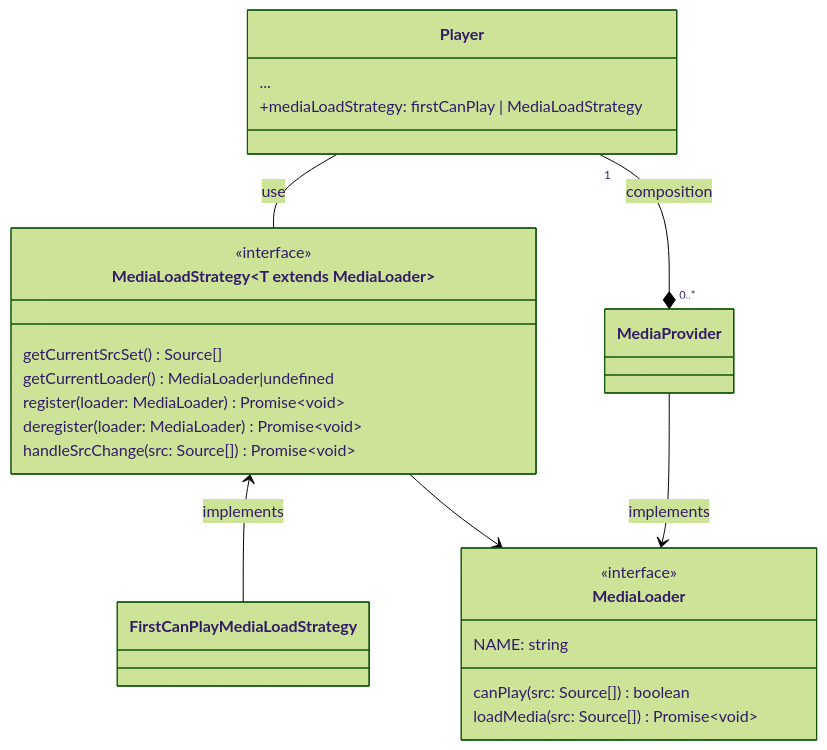
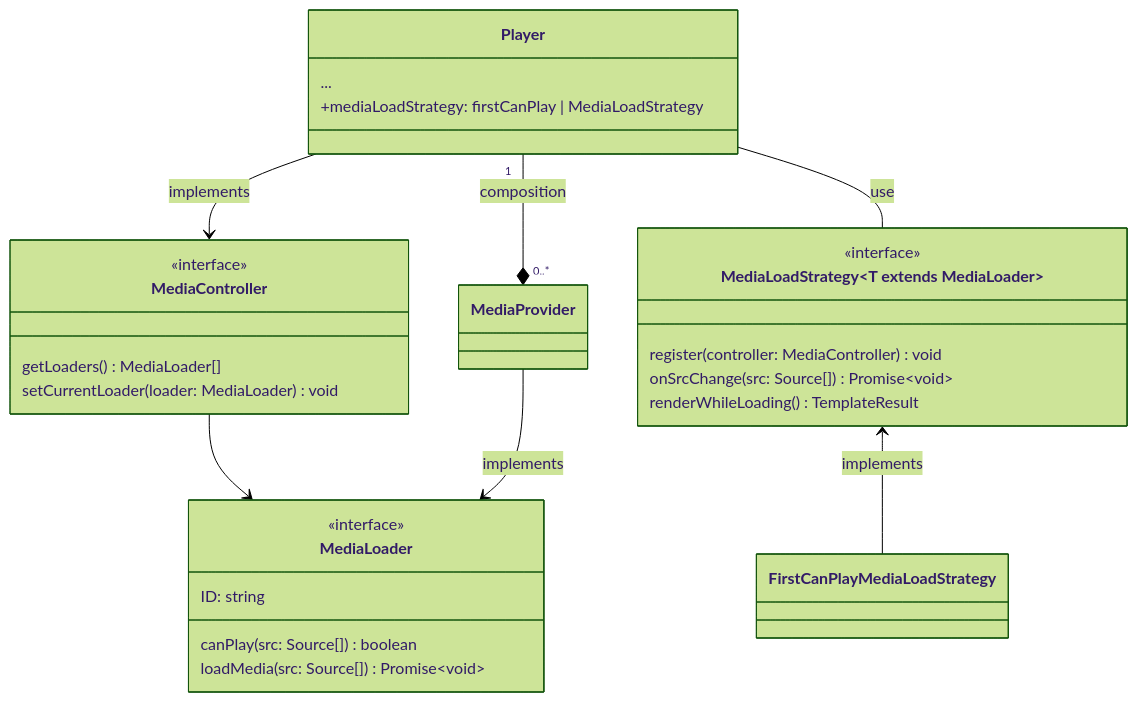
Before and after one commit to vime-js/vime: the diagram in plan/designs/media-load-strategy.mmd, drawn with Mermaid (forest theme). The commit also changed 4 other files, not shown here.

Commit message:
chore: cleanup architectural designs

```diff
--- a/plan/designs/media-load-strategy.mmd
+++ b/plan/designs/media-load-strategy.mmd
@@ -1,32 +1,38 @@
 classDiagram
 
 class Player {
     ...
     +mediaLoadStrategy: firstCanPlay | MediaLoadStrategy
 }
 
+class MediaController {
+    <<interface>>
+    getLoaders() MediaLoader[]
+    setCurrentLoader(loader: MediaLoader) void
+}
+
+MediaController--> MediaLoader
+Player --> MediaController: implements
+
 class MediaLoader {
     <<interface>>
-    NAME: string
+    ID: string
     canPlay(src: Source[]) boolean
     loadMedia(src: Source[]) Promise~void~
 }
 
 class MediaLoadStrategy~T extends MediaLoader~ {
     <<interface>>
-    getCurrentSrcSet() Source[]
-    getCurrentLoader() MediaLoader|undefined
-    register(loader: MediaLoader) Promise~void~
-    deregister(loader: MediaLoader) Promise~void~
-    handleSrcChange(src: Source[]) Promise~void~
+    register(controller: MediaController) void
+    onSrcChange(src: Source[]) Promise~void~
+    renderWhileLoading() TemplateResult
 }
 
 class FirstCanPlayMediaLoadStrategy
 
 MediaLoadStrategy <-- FirstCanPlayMediaLoadStrategy: implements
-MediaLoadStrategy --> MediaLoader
 
 Player -- MediaLoadStrategy: use
 Player "1" --* "0..*" MediaProvider: composition
 
 MediaProvider --> MediaLoader: implements
```
